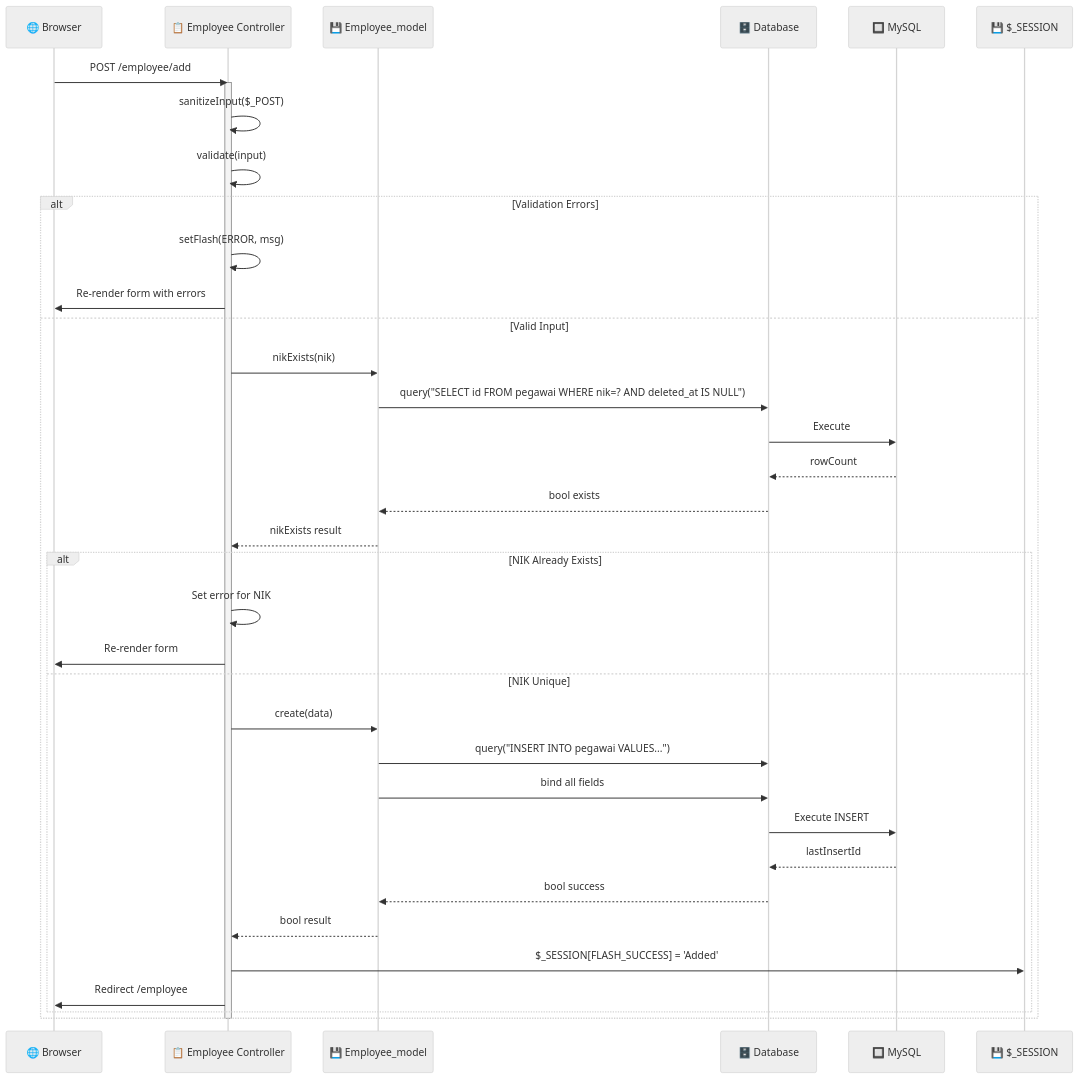
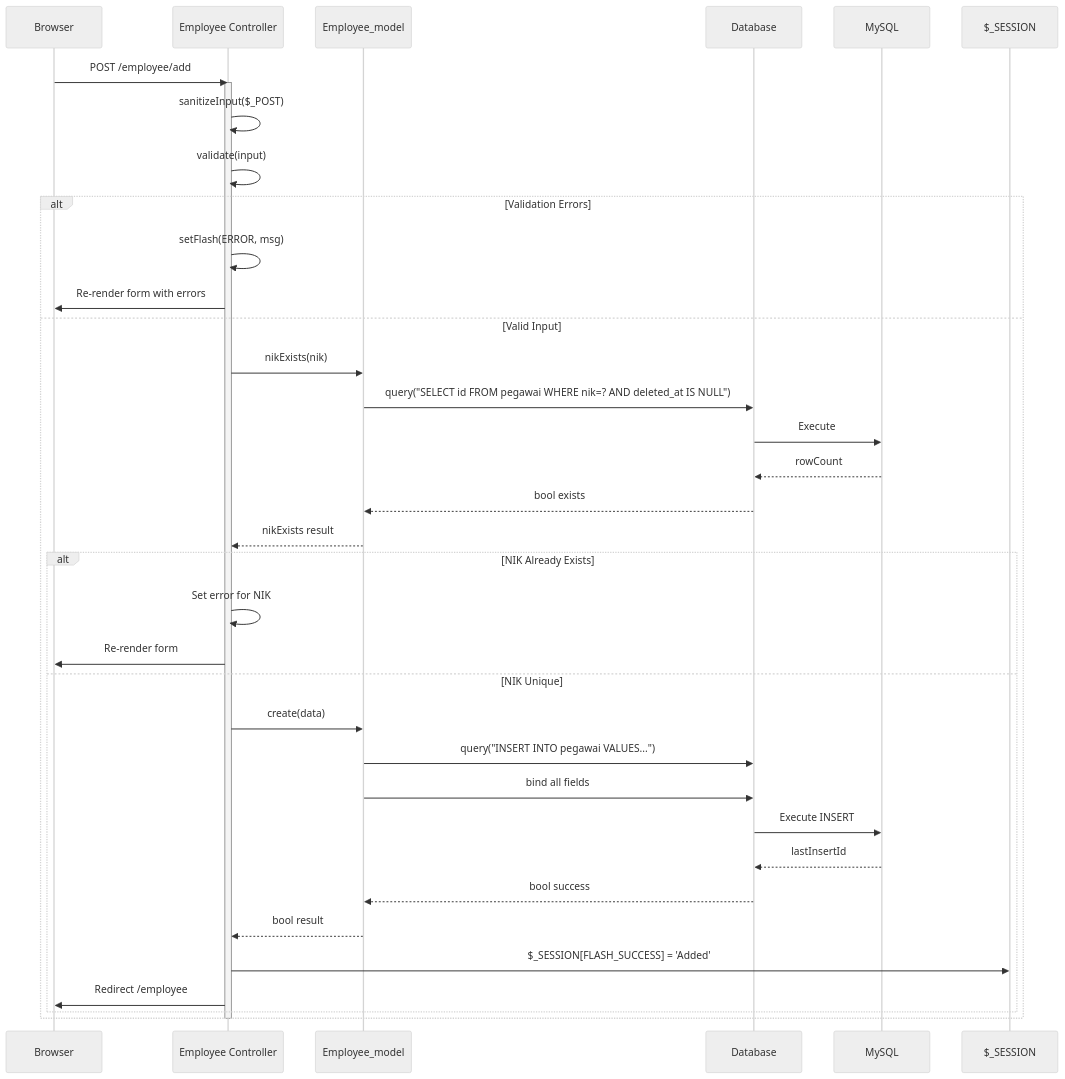
The seventh of 9 diagrams in docs/ARCHITECTURE.md (zuudevs/Implementasi-MVC-pada-Aplikasi-Manajemen-Kepegawaian), drawn with Mermaid (neutral theme) before and after one commit. The commit also changed other lines of this file, not shown here.

````diff
--- a/docs/ARCHITECTURE.md
+++ b/docs/ARCHITECTURE.md
@@ -344,45 +354,45 @@
 ```mermaid
 sequenceDiagram
-    participant Browser as 🌐 Browser
-    participant Controller as 📋 Employee Controller
-    participant Model as 💾 Employee_model
-    participant DB as 🗄️ Database
-    participant MySQL as 🔲 MySQL
-    participant Session as 💾 $_SESSION
+    participant Browser as Browser
+    participant Controller as Employee Controller
+    participant Model as Employee_model
+    participant DB as Database
+    participant MySQL as MySQL
+    participant Session as $_SESSION
 
     Browser->>Controller: POST /employee/add
     activate Controller
 
     Controller->>Controller: sanitizeInput($_POST)
     Controller->>Controller: validate(input)
 
     alt Validation Errors
         Controller->>Controller: setFlash(ERROR, msg)
         Controller->>Browser: Re-render form with errors
     else Valid Input
         Controller->>Model: nikExists(nik)
         Model->>DB: query("SELECT id FROM pegawai WHERE nik=? AND deleted_at IS NULL")
         DB->>MySQL: Execute
         MySQL-->>DB: rowCount
         DB-->>Model: bool exists
         Model-->>Controller: nikExists result
 
         alt NIK Already Exists
             Controller->>Controller: Set error for NIK
             Controller->>Browser: Re-render form
         else NIK Unique
             Controller->>Model: create(data)
             Model->>DB: query("INSERT INTO pegawai VALUES...")
             Model->>DB: bind all fields
             DB->>MySQL: Execute INSERT
             MySQL-->>DB: lastInsertId
             DB-->>Model: bool success
             Model-->>Controller: bool result
 
             Controller->>Session: $_SESSION[FLASH_SUCCESS] = 'Added'
             Controller->>Browser: Redirect /employee
         end
     end
 
     deactivate Controller
 ```
````
